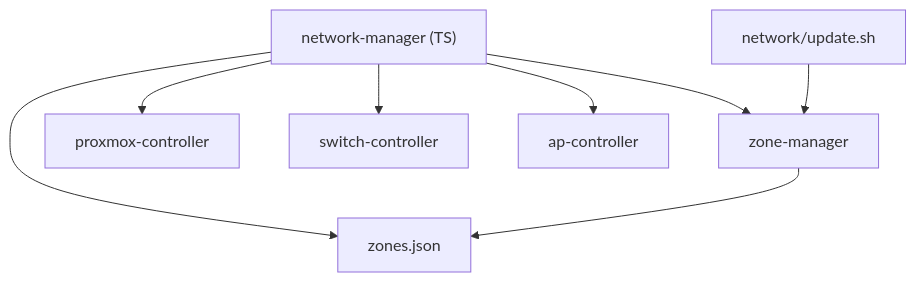
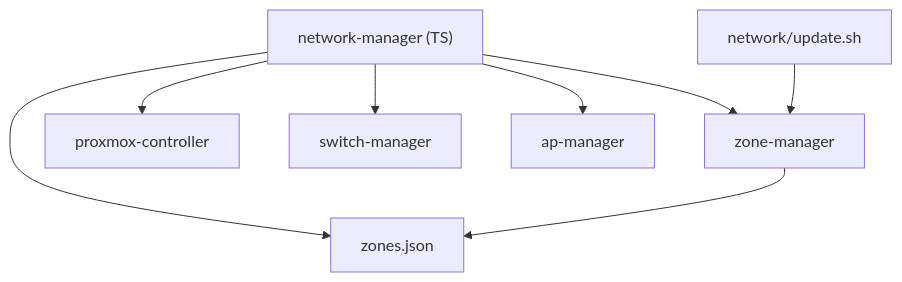
One commit to TAPPaaS/TAPPaaS changed the fourth of 6 diagrams in src/foundation/DEPENDENCIES.md. Above: the diagram before and after it, drawn with Mermaid. The commit also changed other lines of this file and 187 other files, not shown here.

````diff
--- a/src/foundation/DEPENDENCIES.md
+++ b/src/foundation/DEPENDENCIES.md
@@ -313,10 +313,10 @@
 ```mermaid
 graph TD
     NM["network-manager (TS)"] --> ZJ["zones.json"]
     NM --> ZM["zone-manager"]
     NM --> PX["proxmox-controller"]
-    NM --> SC["switch-controller"]
-    NM --> AP["ap-controller"]
+    NM --> SC["switch-manager"]
+    NM --> AP["ap-manager"]
     NU["network/update.sh"] --> ZM
     ZM --> ZJ
 ```
````
